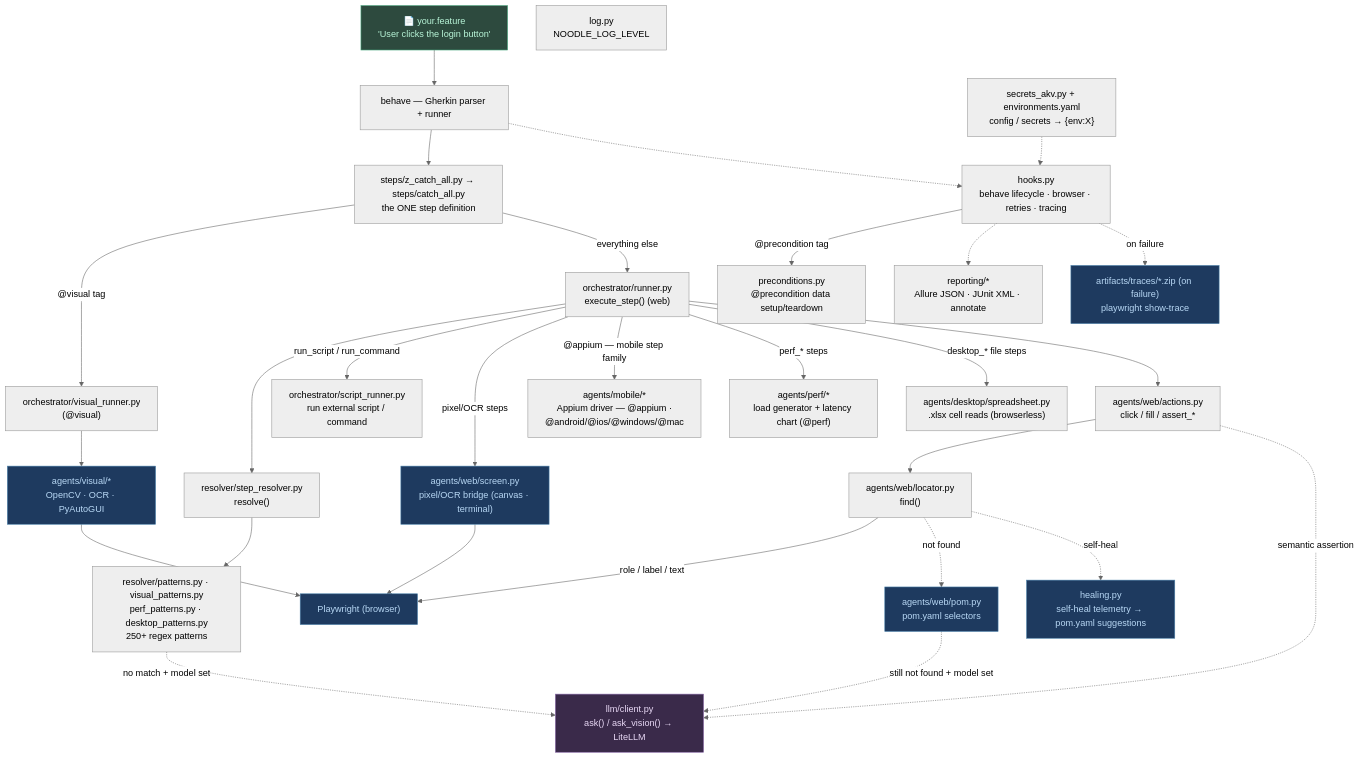
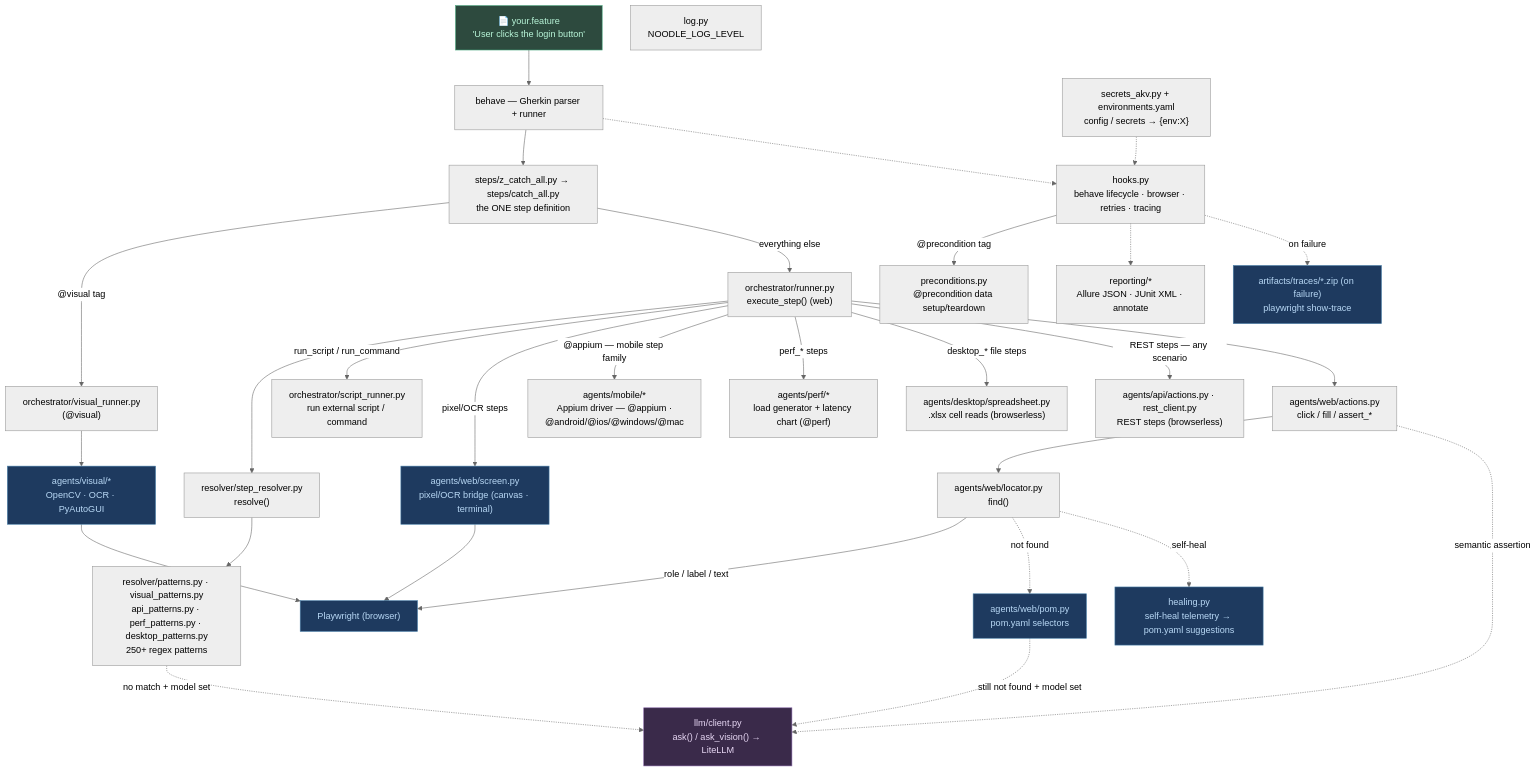
The third of 9 diagrams in docs/architecture.md (gheeno/noodle), drawn with Mermaid (neutral theme) before and after one commit. The commit also changed other lines of this file and 50 other files, not shown here.

````diff
--- a/docs/architecture.md
+++ b/docs/architecture.md
@@ -150,58 +150,60 @@
 ```mermaid
 flowchart TD
     FEAT["📄 your.feature<br/>'User clicks the login button'"]
     BEHAVE["behave — Gherkin parser + runner"]
     GLUE["steps/z_catch_all.py → steps/catch_all.py<br/>the ONE step definition"]
     RUN["orchestrator/runner.py<br/>execute_step() (web)"]
     VRUN["orchestrator/visual_runner.py<br/>(@visual)"]
     RES["resolver/step_resolver.py<br/>resolve()"]
-    PAT["resolver/patterns.py · visual_patterns.py<br/>perf_patterns.py · desktop_patterns.py<br/>250+ regex patterns"]
+    PAT["resolver/patterns.py · visual_patterns.py<br/>api_patterns.py · perf_patterns.py · desktop_patterns.py<br/>250+ regex patterns"]
     ACT["agents/web/actions.py<br/>click / fill / assert_*"]
     SCRIPT["orchestrator/script_runner.py<br/>run external script / command"]
     PRE["preconditions.py<br/>@precondition data setup/teardown"]
     LOC["agents/web/locator.py<br/>find()"]
     POM["agents/web/pom.py<br/>pom.yaml selectors"]
     SCREEN["agents/web/screen.py<br/>pixel/OCR bridge (canvas · terminal)"]
     VIS["agents/visual/*<br/>OpenCV · OCR · PyAutoGUI"]
     MOB["agents/mobile/*<br/>Appium driver — @appium ·<br/>@android/@ios/@windows/@mac"]
     PERF["agents/perf/*<br/>load generator + latency chart (@perf)"]
     DESKS["agents/desktop/spreadsheet.py<br/>.xlsx cell reads (browserless)"]
+    APIA["agents/api/actions.py · rest_client.py<br/>REST steps (browserless)"]
     PW["Playwright (browser)"]
     LLM["llm/client.py<br/>ask() / ask_vision() → LiteLLM"]
     HOOK["hooks.py<br/>behave lifecycle · browser · retries · tracing"]
     REP["reporting/*<br/>Allure JSON · JUnit XML · annotate"]
     SEC["secrets_akv.py + environments.yaml<br/>config / secrets → {env:X}"]
     HEAL["healing.py<br/>self-heal telemetry → pom.yaml suggestions"]
     LOG["log.py<br/>NOODLE_LOG_LEVEL"]
     TRACE["artifacts/traces/*.zip (on failure)<br/>playwright show-trace"]
 
     SEC -.-> HOOK
     FEAT --> BEHAVE --> GLUE
     GLUE -->|"@visual tag"| VRUN --> VIS --> PW
     GLUE -->|"everything else"| RUN
     RUN --> RES --> PAT
     PAT -. "no match + model set" .-> LLM
     RUN -->|"run_script / run_command"| SCRIPT
     HOOK -->|"@precondition tag"| PRE
     RUN -->|"pixel/OCR steps"| SCREEN --> PW
     RUN -->|"@appium — mobile step family"| MOB
     RUN -->|"perf_* steps"| PERF
     RUN -->|"desktop_* file steps"| DESKS
+    RUN -->|"REST steps — any scenario"| APIA
     RUN --> ACT --> LOC -->|"role / label / text"| PW
     LOC -. "not found" .-> POM
     POM -. "still not found + model set" .-> LLM
     ACT -. "semantic assertion" .-> LLM
     LOC -. "self-heal" .-> HEAL
     HOOK -.-> REP
     HOOK -. "on failure" .-> TRACE
     BEHAVE -.-> HOOK
 
     style FEAT fill:#2d4a3e,color:#b8f5d8,stroke:#4aaa80
     style PW fill:#1e3a5f,color:#b8d8f5,stroke:#4a80aa
     style POM fill:#1e3a5f,color:#b8d8f5,stroke:#4a80aa
     style SCREEN fill:#1e3a5f,color:#b8d8f5,stroke:#4a80aa
     style VIS fill:#1e3a5f,color:#b8d8f5,stroke:#4a80aa
     style LLM fill:#3a2a4a,color:#e8d8f5,stroke:#8a6aaa
     style TRACE fill:#1e3a5f,color:#b8d8f5,stroke:#4a80aa
     style HEAL fill:#1e3a5f,color:#b8d8f5,stroke:#4a80aa
 ```
````
